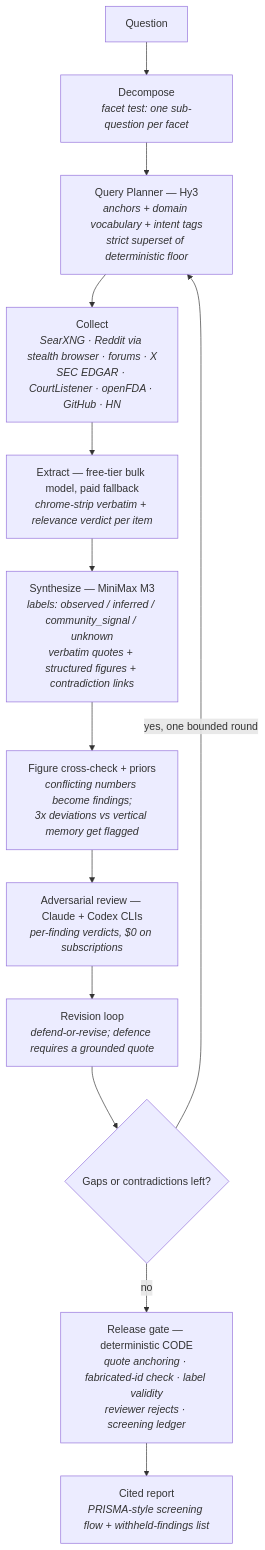
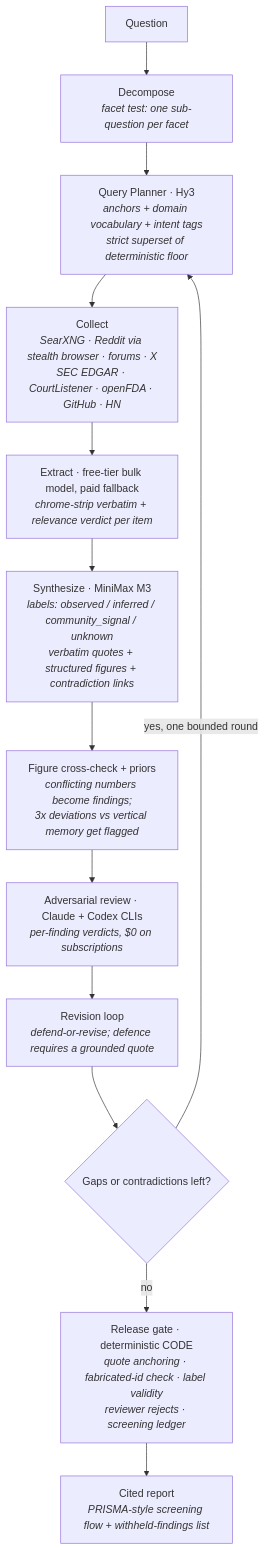
The diagram in README.md (zaidkilledar21-beep/hermes-research), drawn with Mermaid before and after one commit. The commit also changed other lines of this file and 10 other files, not shown here.

````diff
--- a/README.md
+++ b/README.md
@@ -23,15 +23,15 @@
 ```mermaid
 flowchart TD
     Q[Question] --> D[Decompose<br/><i>facet test: one sub-question per facet</i>]
-    D --> P[Query Planner — Hy3<br/><i>anchors + domain vocabulary + intent tags<br/>strict superset of deterministic floor</i>]
+    D --> P[Query Planner · Hy3<br/><i>anchors + domain vocabulary + intent tags<br/>strict superset of deterministic floor</i>]
     P --> C[Collect<br/><i>SearXNG · Reddit via stealth browser · forums · X<br/>SEC EDGAR · CourtListener · openFDA · GitHub · HN</i>]
-    C --> E[Extract — free-tier bulk model, paid fallback<br/><i>chrome-strip verbatim + relevance verdict per item</i>]
-    E --> S[Synthesize — MiniMax M3<br/><i>labels: observed / inferred / community_signal / unknown<br/>verbatim quotes + structured figures + contradiction links</i>]
+    C --> E[Extract · free-tier bulk model, paid fallback<br/><i>chrome-strip verbatim + relevance verdict per item</i>]
+    E --> S[Synthesize · MiniMax M3<br/><i>labels: observed / inferred / community_signal / unknown<br/>verbatim quotes + structured figures + contradiction links</i>]
     S --> F[Figure cross-check + priors<br/><i>conflicting numbers become findings;<br/>3x deviations vs vertical memory get flagged</i>]
-    F --> R[Adversarial review — Claude + Codex CLIs<br/><i>per-finding verdicts, $0 on subscriptions</i>]
+    F --> R[Adversarial review · Claude + Codex CLIs<br/><i>per-finding verdicts, $0 on subscriptions</i>]
     R --> V[Revision loop<br/><i>defend-or-revise; defence requires a grounded quote</i>]
     V --> G{Gaps or contradictions left?}
     G -- yes, one bounded round --> P
-    G -- no --> RG[Release gate — deterministic CODE<br/><i>quote anchoring · fabricated-id check · label validity<br/>reviewer rejects · screening ledger</i>]
+    G -- no --> RG[Release gate · deterministic CODE<br/><i>quote anchoring · fabricated-id check · label validity<br/>reviewer rejects · screening ledger</i>]
     RG --> REP[Cited report<br/><i>PRISMA-style screening flow + withheld-findings list</i>]
 ```
````
